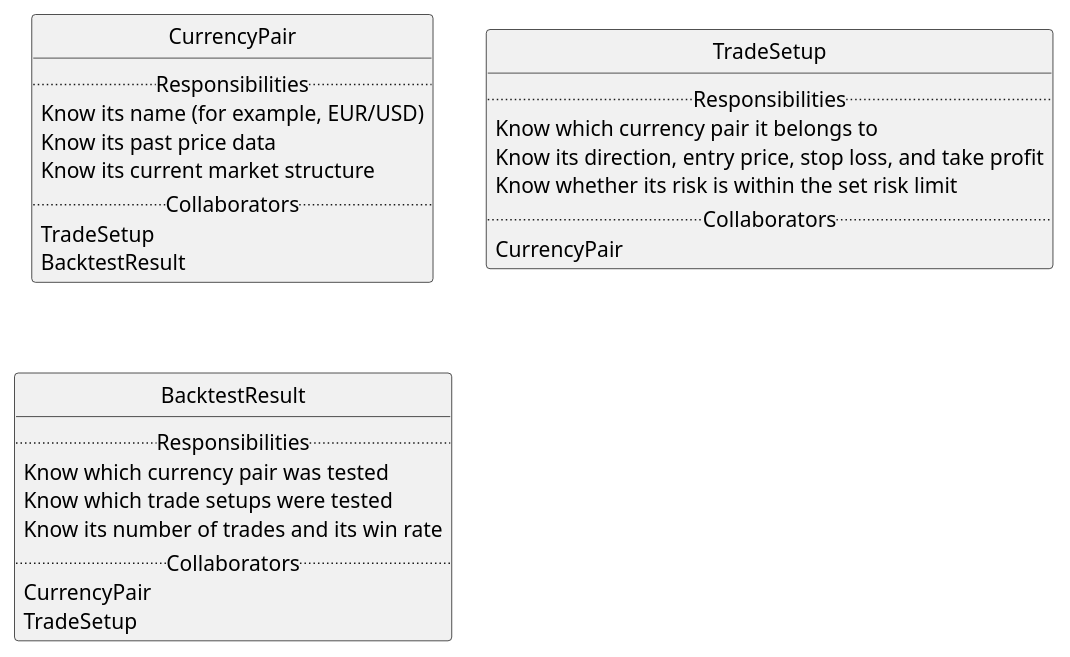
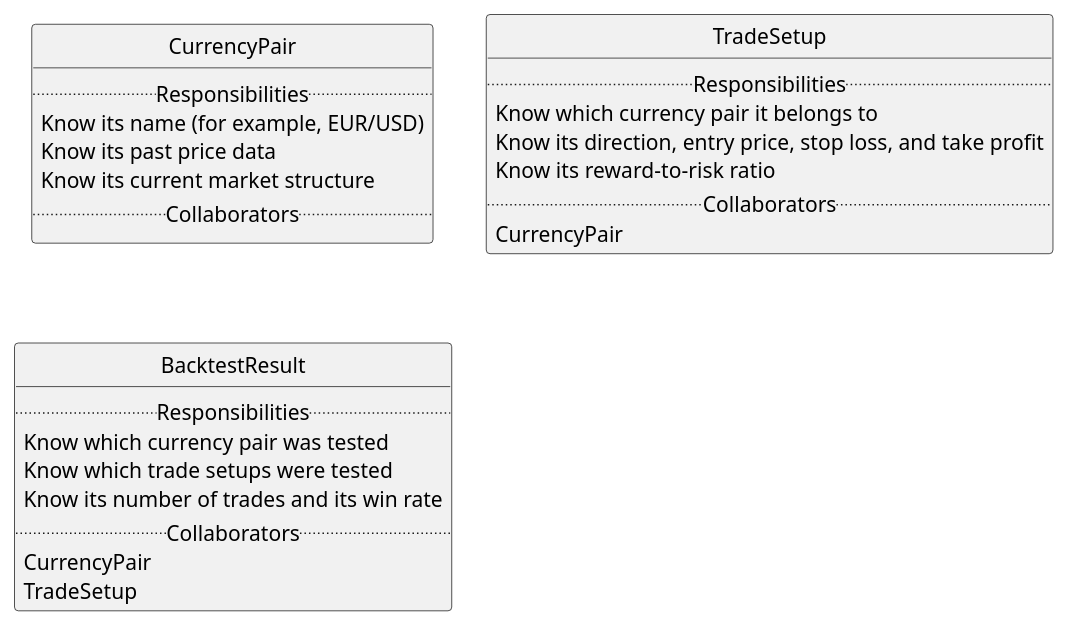
The diagram in docs/design/uml/crc.puml (dan119524/nexus-trade), drawn with PlantUML before and after one commit. The commit also changed 6 other files, not shown here.

```diff
--- a/docs/design/uml/crc.puml
+++ b/docs/design/uml/crc.puml
@@ -1,35 +1,33 @@
 @startuml crc
 ' Source: docs/design/requirements.md, section "CRC Analysis"
 ' CRC cards only: no relationship arrows between cards.
 skinparam classAttributeIconSize 0
 hide circle
 
 class CurrencyPair {
   .. Responsibilities ..
   Know its name (for example, EUR/USD)
   Know its past price data
   Know its current market structure
   .. Collaborators ..
-  TradeSetup
-  BacktestResult
 }
 
 class TradeSetup {
   .. Responsibilities ..
   Know which currency pair it belongs to
   Know its direction, entry price, stop loss, and take profit
-  Know whether its risk is within the set risk limit
+  Know its reward-to-risk ratio
   .. Collaborators ..
   CurrencyPair
 }
 
 class BacktestResult {
   .. Responsibilities ..
   Know which currency pair was tested
   Know which trade setups were tested
   Know its number of trades and its win rate
   .. Collaborators ..
   CurrencyPair
   TradeSetup
 }
 @enduml
```
